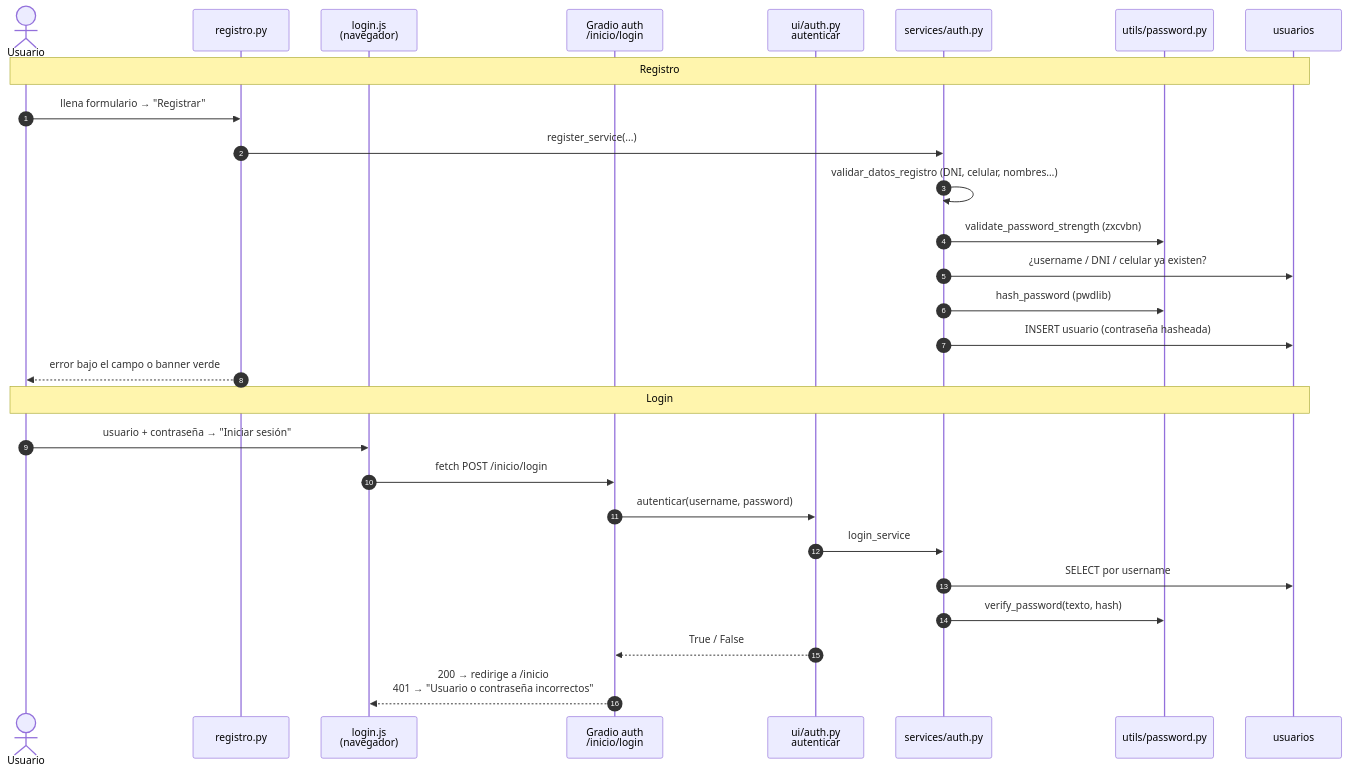
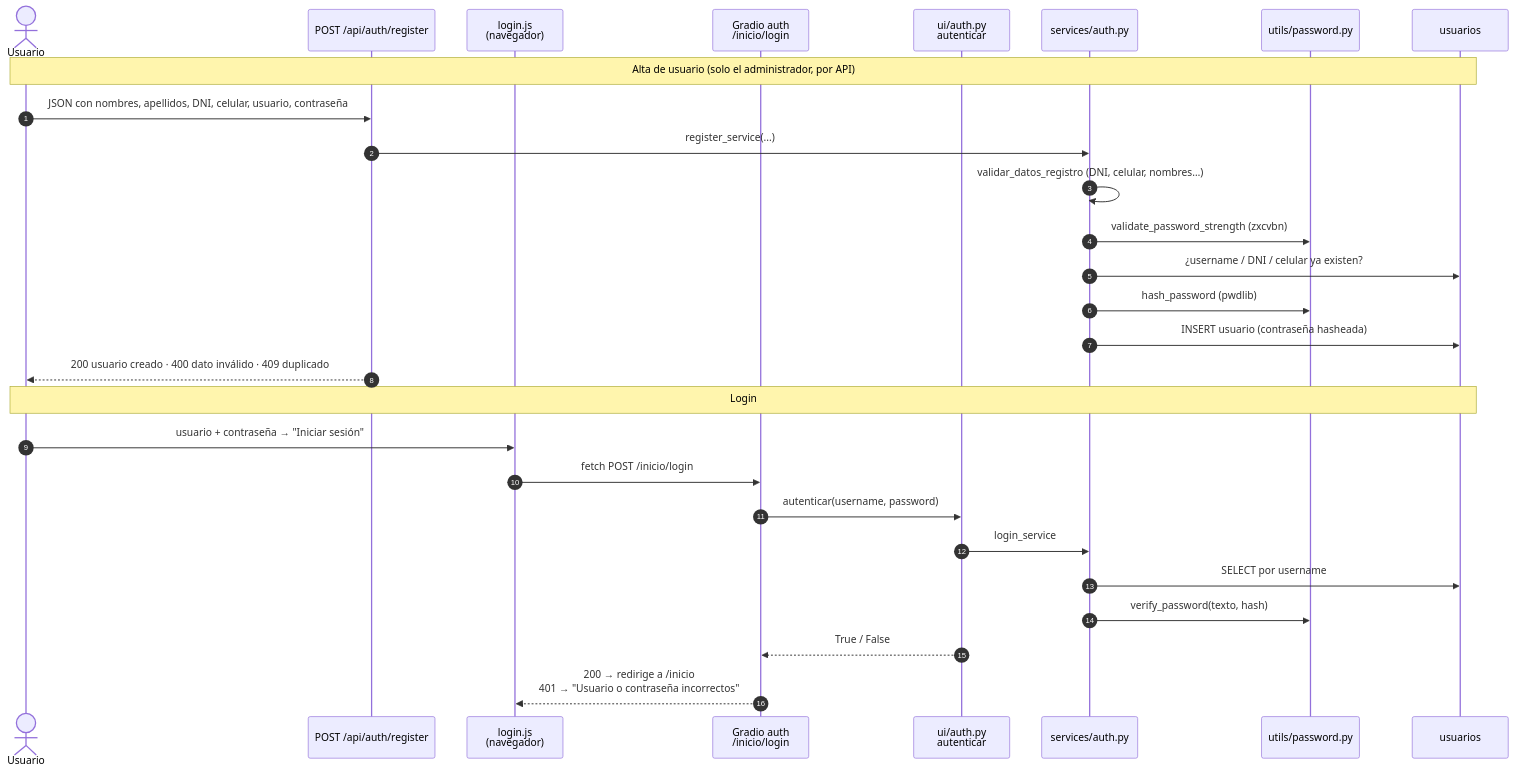
One commit to alhexmbs/tesis-backend changed the fourth of 6 diagrams in docs/arquitectura.md. Above: the diagram before and after it, drawn with Mermaid. The commit also changed other lines of this file and 9 other files, not shown here.

````diff
--- a/docs/arquitectura.md
+++ b/docs/arquitectura.md
@@ -200,32 +200,32 @@
 ```mermaid
 sequenceDiagram
     autonumber
     actor U as Usuario
-    participant R as registro.py
+    participant API as POST /api/auth/register
     participant L as login.js<br/>(navegador)
     participant G as Gradio auth<br/>/inicio/login
     participant A as ui/auth.py<br/>autenticar
     participant S as services/auth.py
     participant P as utils/password.py
     participant DB as usuarios
 
-    Note over U,DB: Registro
-    U->>R: llena formulario → "Registrar"
-    R->>S: register_service(...)
+    Note over U,DB: Alta de usuario (solo el administrador, por API)
+    U->>API: JSON con nombres, apellidos, DNI, celular, usuario, contraseña
+    API->>S: register_service(...)
     S->>S: validar_datos_registro (DNI, celular, nombres…)
     S->>P: validate_password_strength (zxcvbn)
     S->>DB: ¿username / DNI / celular ya existen?
     S->>P: hash_password (pwdlib)
     S->>DB: INSERT usuario (contraseña hasheada)
-    R-->>U: error bajo el campo o banner verde
+    API-->>U: 200 usuario creado · 400 dato inválido · 409 duplicado
 
     Note over U,DB: Login
     U->>L: usuario + contraseña → "Iniciar sesión"
     L->>G: fetch POST /inicio/login
     G->>A: autenticar(username, password)
     A->>S: login_service
     S->>DB: SELECT por username
     S->>P: verify_password(texto, hash)
     A-->>G: True / False
     G-->>L: 200 → redirige a /inicio<br/>401 → "Usuario o contraseña incorrectos"
 ```
````
